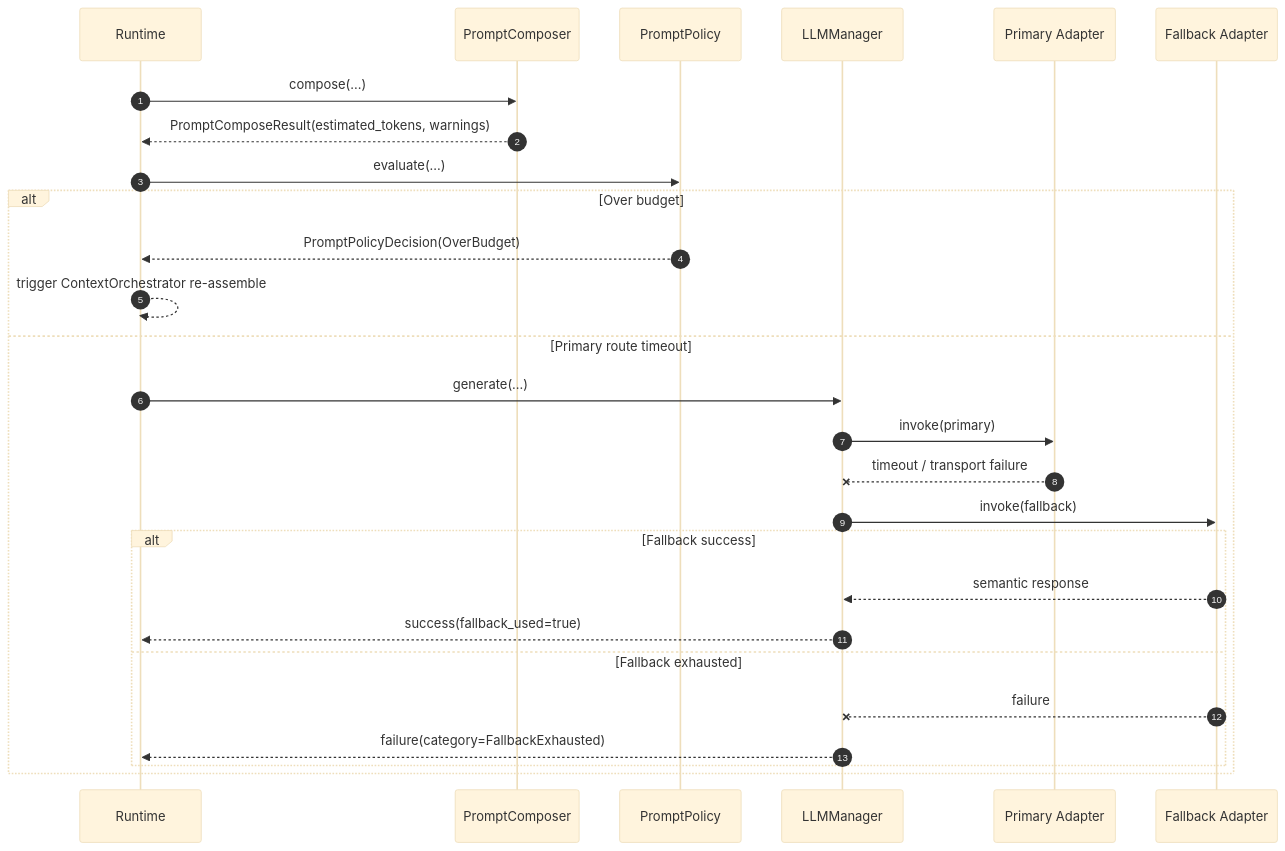
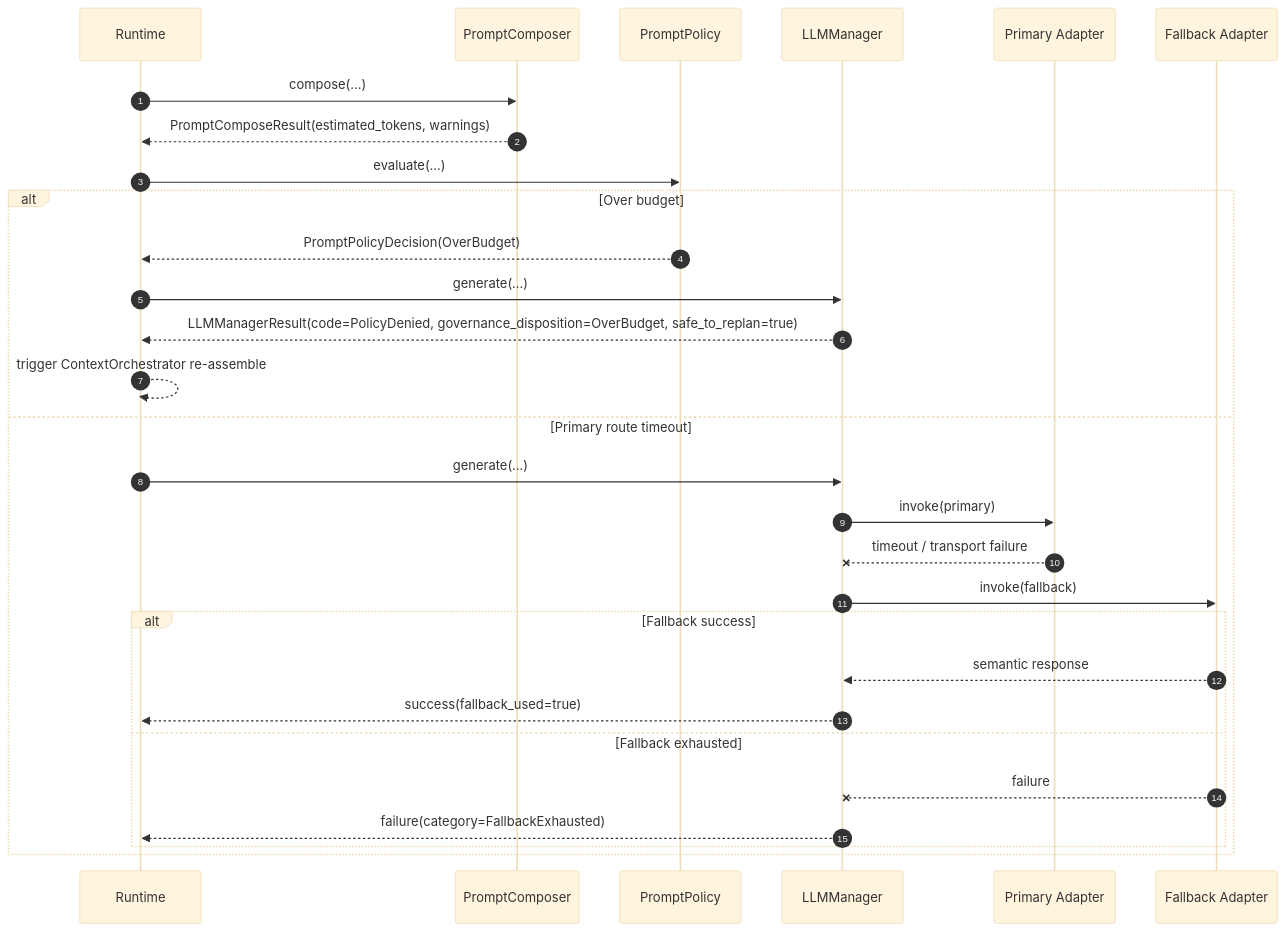
The third of 5 diagrams in docs/architecture/DASALL_llm子系统详细设计.md (x2Gan/General-Purpose-Agent_DASALL), drawn with Mermaid (base theme) before and after one commit. The commit also changed other lines of this file and 21 other files, not shown here.

First line of the commit message:
fix(llm): align manager handoff and governance replan semantics

````diff
--- a/docs/architecture/DASALL_llm子系统详细设计.md
+++ b/docs/architecture/DASALL_llm子系统详细设计.md
@@ -1257,30 +1262,32 @@
 ```mermaid
 sequenceDiagram
   autonumber
   participant RT as Runtime
   participant CP as PromptComposer
   participant PL as PromptPolicy
   participant LM as LLMManager
   participant P1 as Primary Adapter
   participant P2 as Fallback Adapter
 
   RT->>CP: compose(...)
   CP-->>RT: PromptComposeResult(estimated_tokens, warnings)
   RT->>PL: evaluate(...)
   alt Over budget
     PL-->>RT: PromptPolicyDecision(OverBudget)
+    RT->>LM: generate(...)
+    LM-->>RT: LLMManagerResult(code=PolicyDenied, governance_disposition=OverBudget, safe_to_replan=true)
     RT-->>RT: trigger ContextOrchestrator re-assemble
   else Primary route timeout
     RT->>LM: generate(...)
     LM->>P1: invoke(primary)
     P1--xLM: timeout / transport failure
     LM->>P2: invoke(fallback)
     alt Fallback success
       P2-->>LM: semantic response
       LM-->>RT: success(fallback_used=true)
     else Fallback exhausted
       P2--xLM: failure
       LM-->>RT: failure(category=FallbackExhausted)
     end
   end
 ```
````
